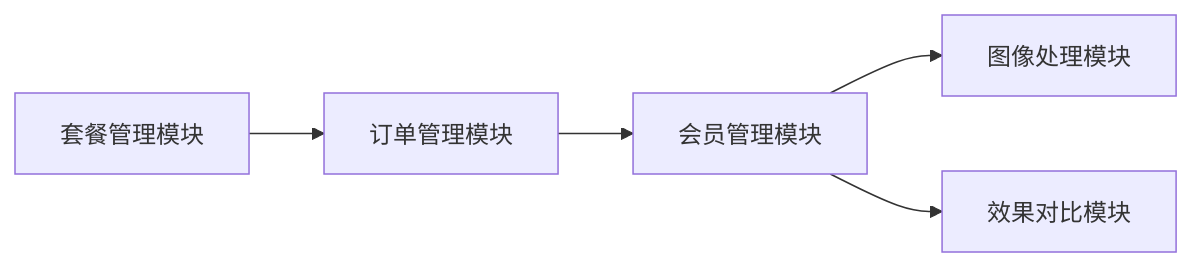
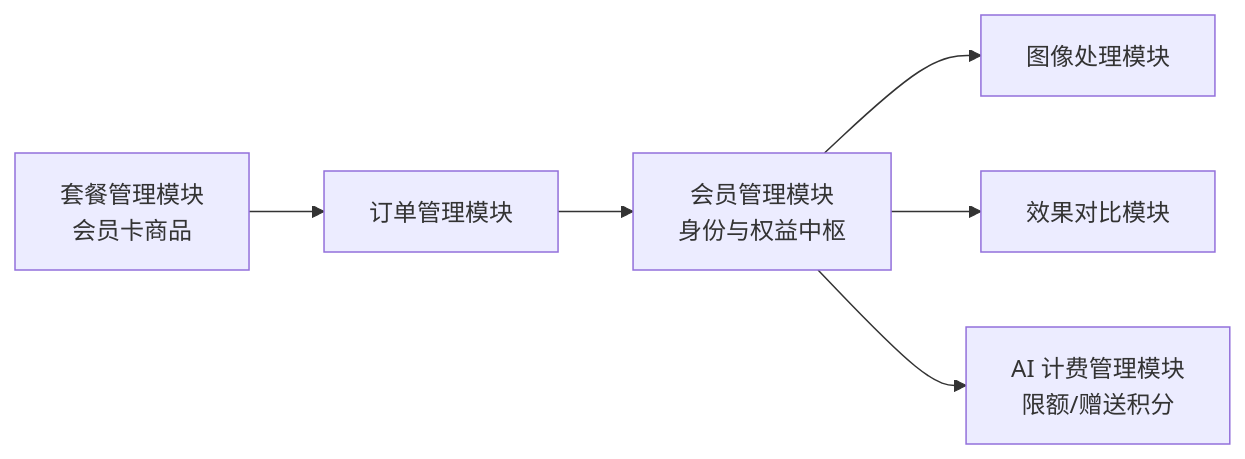
The diagram in dehaze-doc/docs/03-模块设计/基础模块/会员管理/需求规格.md (earthy-zinc/dehaze-system), drawn with Mermaid before and after one commit. The commit also changed other lines of this file and 119 other files, not shown here.

````diff
--- a/dehaze-doc/docs/03-模块设计/基础模块/会员管理/需求规格.md
+++ b/dehaze-doc/docs/03-模块设计/基础模块/会员管理/需求规格.md
@@ -45,7 +42,8 @@
 ```mermaid
 flowchart LR
-    A[套餐管理模块] --> B[订单管理模块]
-    B --> C[会员管理模块]
+    A[套餐管理模块<br/>会员卡商品] --> B[订单管理模块]
+    B --> C[会员管理模块<br/>身份与权益中枢]
     C --> D[图像处理模块]
     C --> E[效果对比模块]
+    C --> F[AI 计费管理模块<br/>限额/赠送积分]
 ```
````
